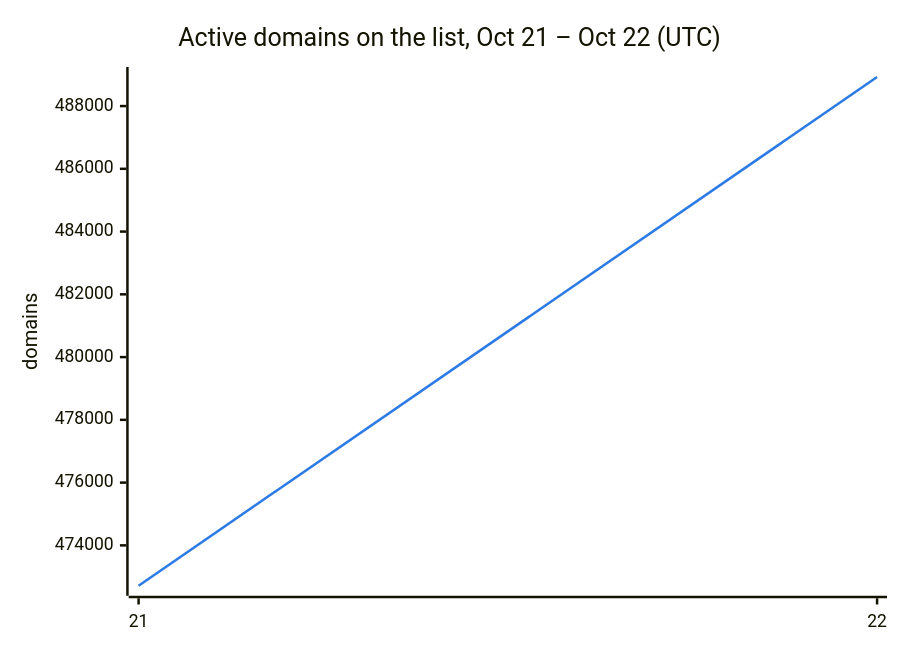
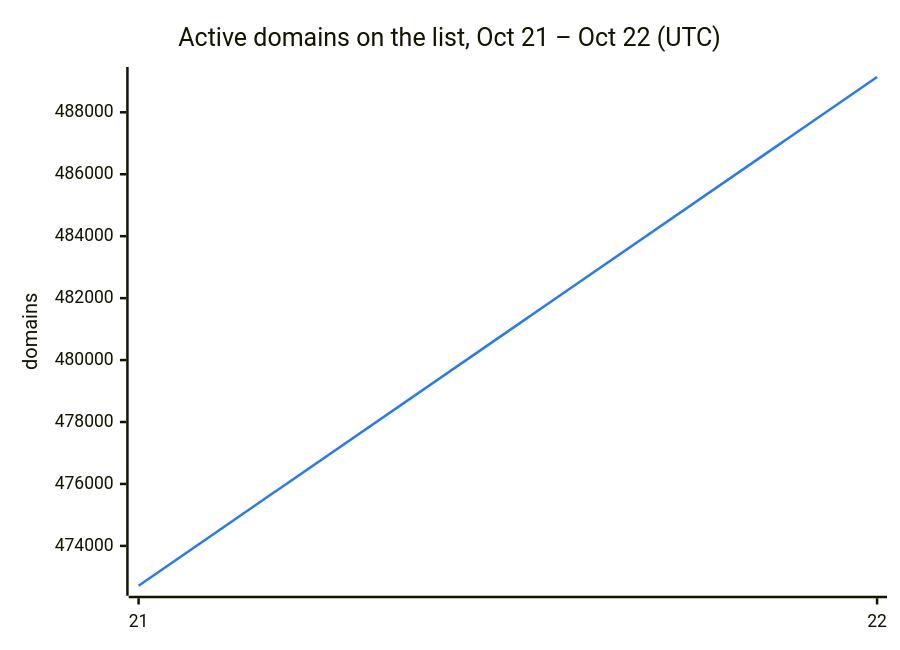
The second of 3 diagrams in README.md (DNSBunker/CTI), drawn with Mermaid before and after one commit. The commit also changed other lines of this file and 3 other files, not shown here.

````diff
--- a/README.md
+++ b/README.md
@@ -38,8 +38,8 @@
 ```mermaid
 %%{init: {"themeVariables": {"xyChart": {"plotColorPalette": "#2c7be5"}}}}%%
 xychart-beta
     title "Active domains on the list, Oct 21 – Oct 22 (UTC)"
     x-axis ["21", "22"]
     y-axis "domains"
-    line [472713, 488926]
+    line [472713, 489140]
 ```
````
